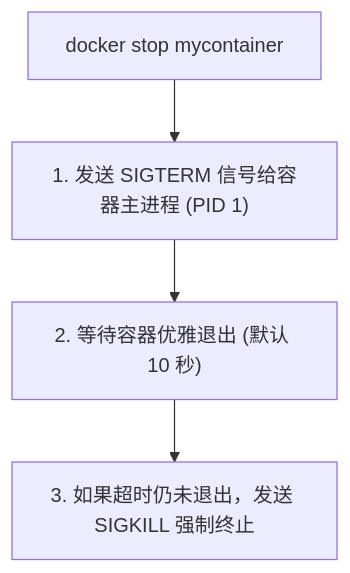
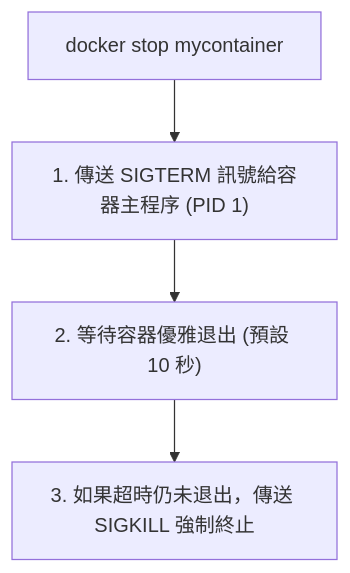
The first of 2 diagrams in 05_container/5.3_stop.md (alexkuoecity/docker-practice-master-zh-tw), drawn with Mermaid before and after one commit. The commit also changed other lines of this file and 200 other files, not shown here.

````diff
--- a/05_container/5.3_stop.md
+++ b/05_container/5.3_stop.md
@@ -27,6 +27,6 @@
 ```mermaid
 flowchart TD
-    cmd["docker stop mycontainer"] --> A["1. 发送 SIGTERM 信号给容器主进程 (PID 1)"]
-    A --> B["2. 等待容器优雅退出 (默认 10 秒)"]
-    B --> C["3. 如果超时仍未退出，发送 SIGKILL 强制终止"]
+    cmd["docker stop mycontainer"] --> A["1. 傳送 SIGTERM 訊號給容器主程序 (PID 1)"]
+    A --> B["2. 等待容器優雅退出 (預設 10 秒)"]
+    B --> C["3. 如果超時仍未退出，傳送 SIGKILL 強制終止"]
 ```
````
